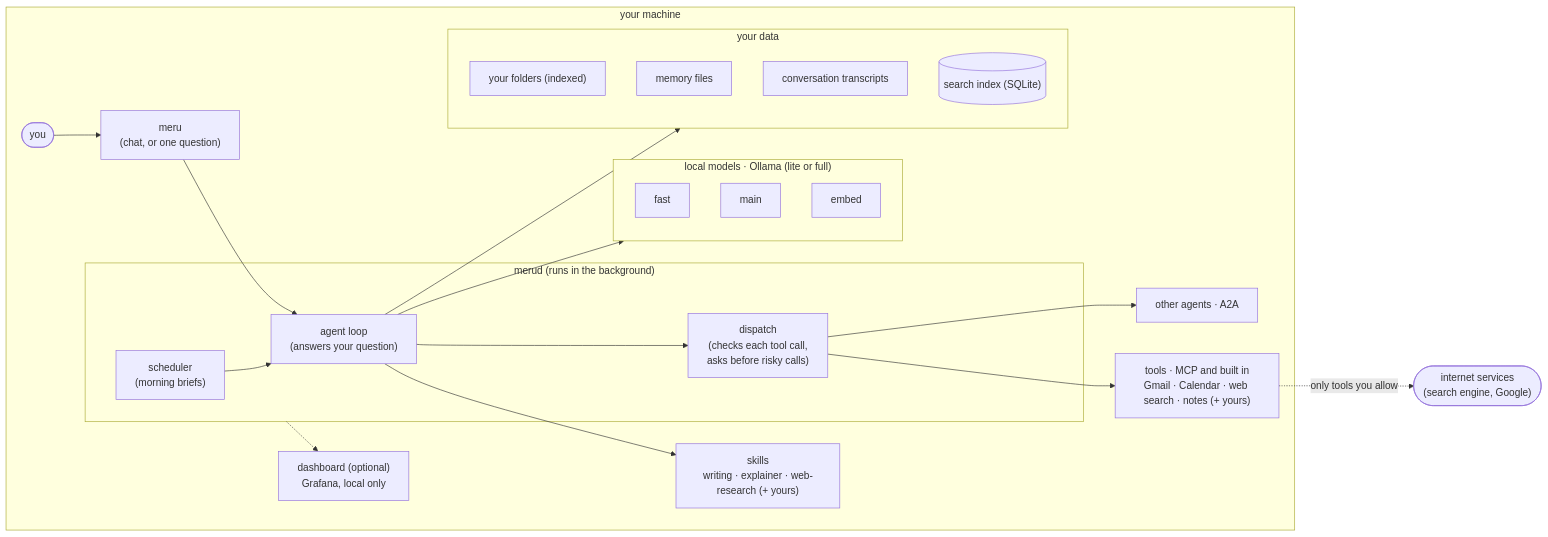
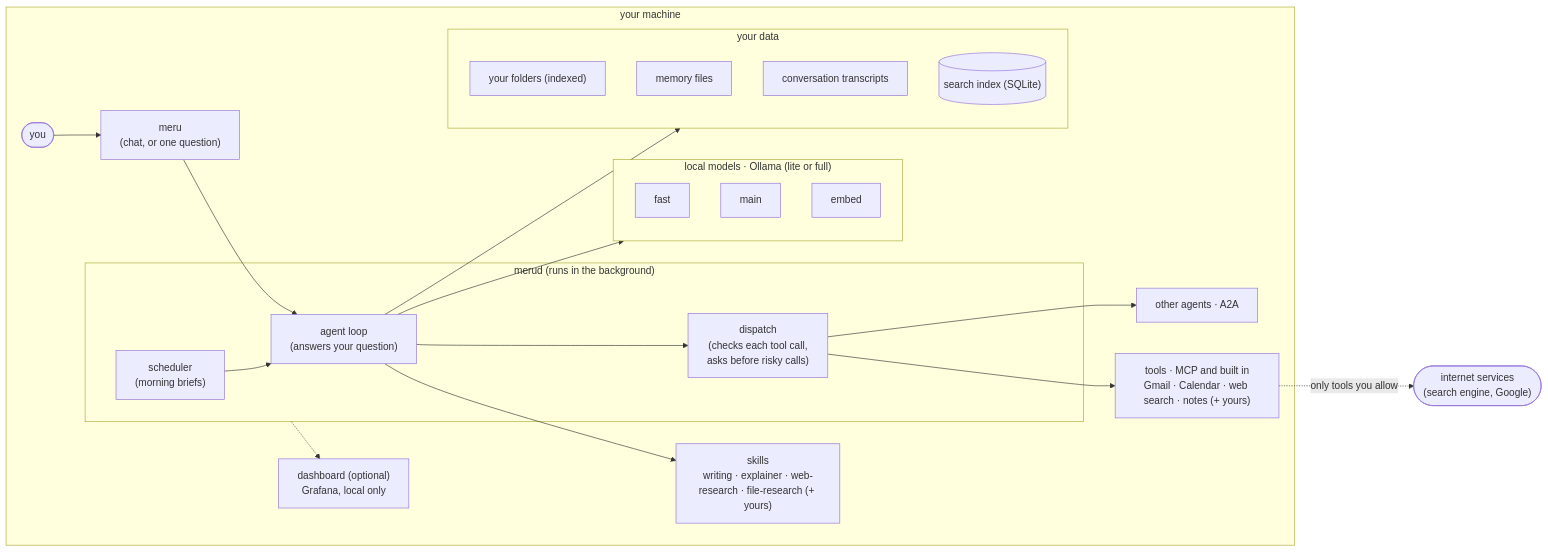
Before and after one commit to aarora79/meru: the first of 2 diagrams in docs/architecture/100.md, drawn with Mermaid. The commit also changed other lines of this file and 15 other files, not shown here.

````diff
--- a/docs/architecture/100.md
+++ b/docs/architecture/100.md
@@ -17,34 +17,34 @@
 ```mermaid
 flowchart LR
     subgraph machine["your machine"]
         YOU(["you"]) --> MERU["meru<br/>(chat, or one question)"]
         subgraph merud["merud (runs in the background)"]
             SCHED["scheduler<br/>(morning briefs)"] --> LOOP["agent loop<br/>(answers your question)"]
             LOOP --> DISP["dispatch<br/>(checks each tool call,<br/>asks before risky calls)"]
         end
         MERU --> LOOP
         subgraph models["local models · Ollama (lite or full)"]
             FAST["fast"]
             MAIN["main"]
             EMBED["embed"]
         end
         subgraph data["your data"]
             FOLDERS["your folders (indexed)"]
             MEM["memory files"]
             TRANS["conversation transcripts"]
             INDEX[("search index (SQLite)")]
         end
-        SKILLS["skills<br/>writing · explainer · web-research (+ yours)"]
+        SKILLS["skills<br/>writing · explainer · web-research · file-research (+ yours)"]
         AGENTS["other agents · A2A"]
         TOOLS["tools · MCP and built in<br/>Gmail · Calendar · web search · notes (+ yours)"]
         OBS["dashboard (optional)<br/>Grafana, local only"]
         LOOP --> models
         LOOP --> data
         LOOP --> SKILLS
         DISP --> AGENTS
         DISP --> TOOLS
         merud -.-> OBS
     end
     NET(["internet services<br/>(search engine, Google)"])
     TOOLS -.->|only tools you allow| NET
 ```
````
